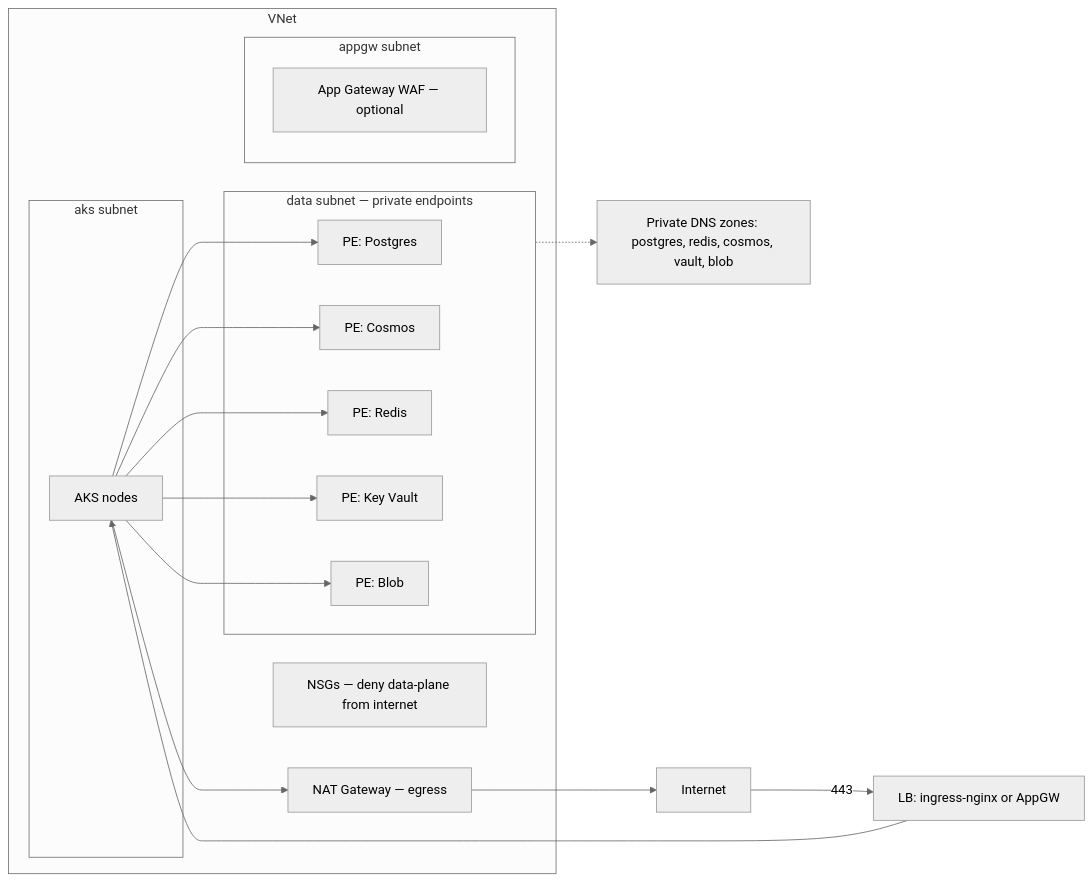
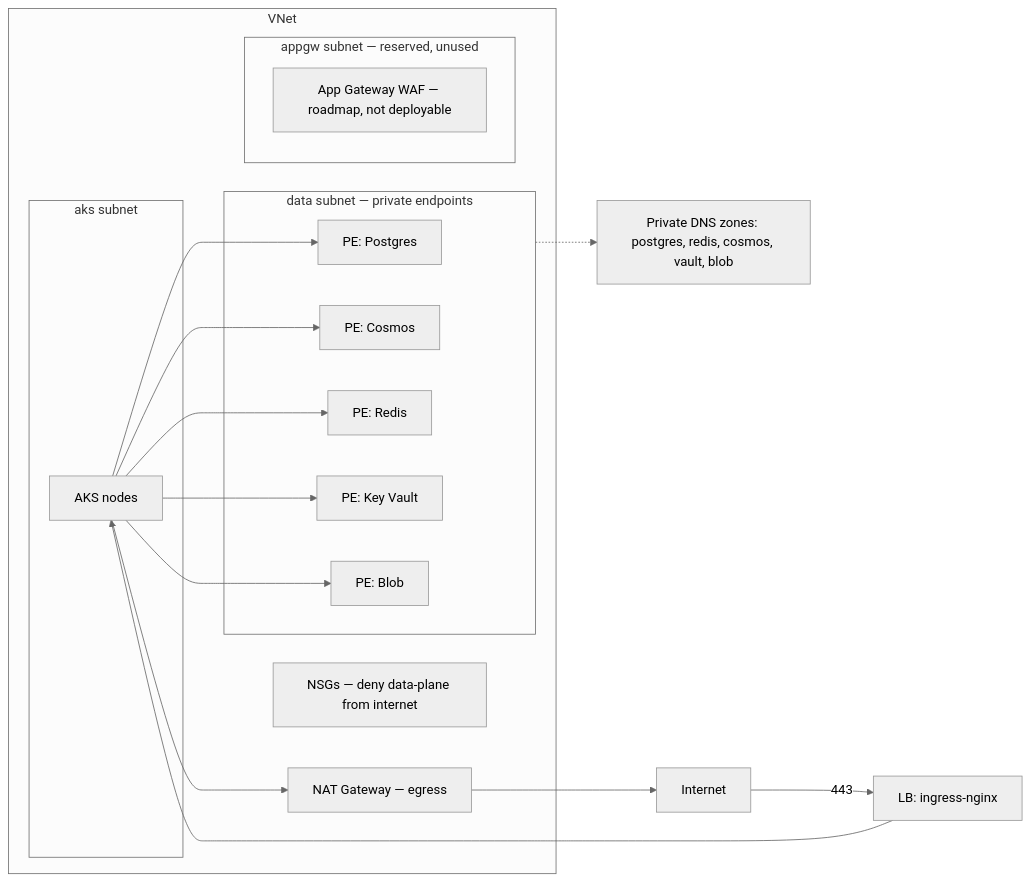
One commit to inherent-prime/inherent changed the second of 6 diagrams in docs/deploy/azure.md. Above: the diagram before and after it, drawn with Mermaid (neutral theme). The commit also changed other lines of this file and 8 other files, not shown here.

````diff
--- a/docs/deploy/azure.md
+++ b/docs/deploy/azure.md
@@ -84,31 +87,31 @@
 ```mermaid
 graph LR
     subgraph vnet["VNet"]
         subgraph subaks["aks subnet"]
             nodes["AKS nodes"]
         end
         subgraph subdata["data subnet — private endpoints"]
             pepg["PE: Postgres"]
             pecos["PE: Cosmos"]
             pered["PE: Redis"]
             pekv["PE: Key Vault"]
             peblob["PE: Blob"]
         end
-        subgraph subappgw["appgw subnet"]
-            appgw["App Gateway WAF — optional"]
+        subgraph subappgw["appgw subnet — reserved, unused"]
+            appgw["App Gateway WAF — roadmap, not deployable"]
         end
         nsg["NSGs — deny data-plane from internet"]
         nat["NAT Gateway — egress"]
     end
     dnszones["Private DNS zones: postgres, redis, cosmos, vault, blob"]
 
-    internet["Internet"] -->|"443"| lb["LB: ingress-nginx or AppGW"]
+    internet["Internet"] -->|"443"| lb["LB: ingress-nginx"]
     lb --> nodes
     nodes --> pepg
     nodes --> pecos
     nodes --> pered
     nodes --> pekv
     nodes --> peblob
     nodes --> nat --> internet
     subdata -.-> dnszones
 ```
````
